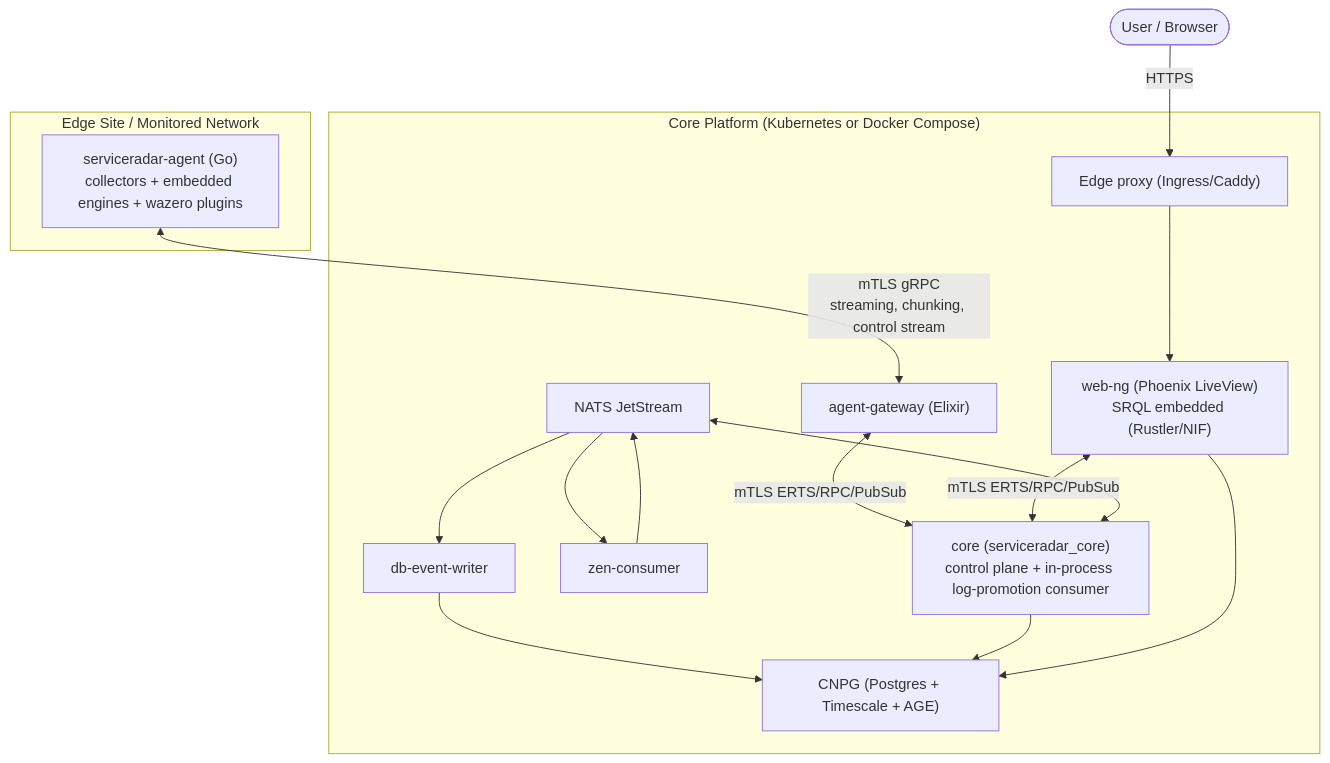
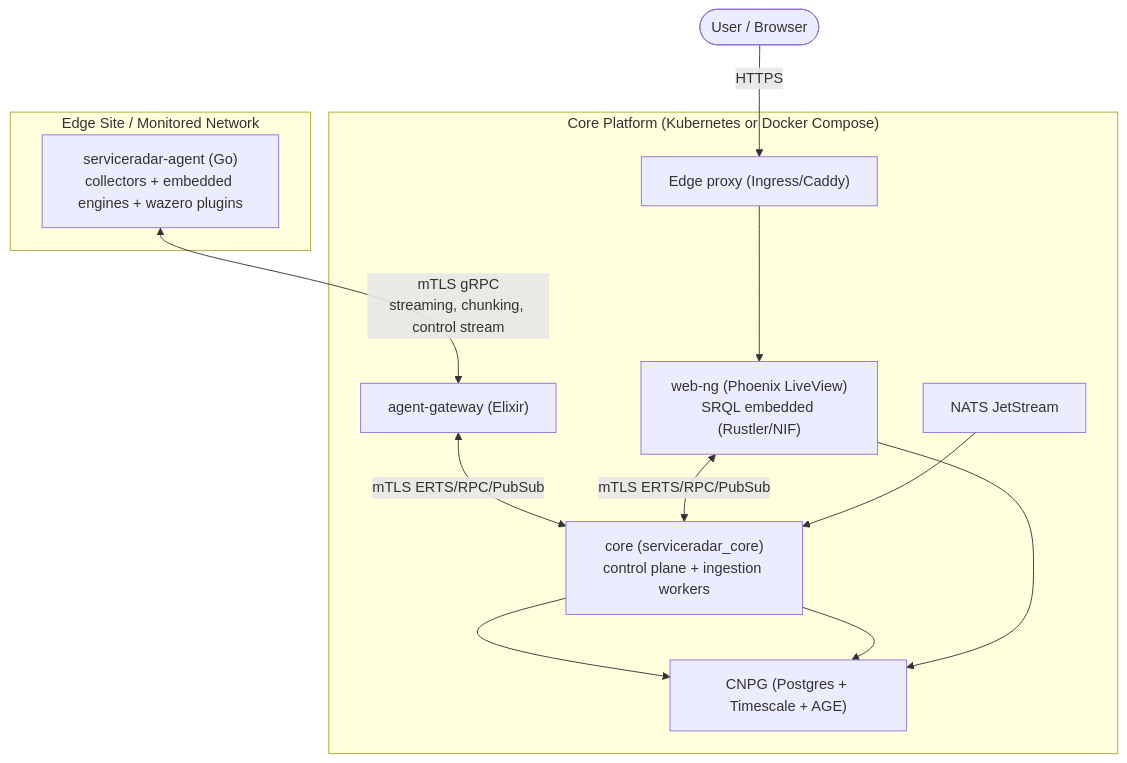
The diagram in docs/docs/architecture.md (carverauto/serviceradar), drawn with Mermaid before and after one commit. The commit also changed other lines of this file and 133 other files, not shown here.

Commit message:
Fold Phase 0.6 ZEN rules into core-elx

````diff
--- a/docs/docs/architecture.md
+++ b/docs/docs/architecture.md
@@ -17,35 +17,31 @@
 ```mermaid
 flowchart TB
   User([User / Browser])
 
   subgraph Core["Core Platform (Kubernetes or Docker Compose)"]
     Ingress["Edge proxy (Ingress/Caddy)"]
     Web["web-ng (Phoenix LiveView)<br/>SRQL embedded (Rustler/NIF)"]
-    CoreSvc["core (serviceradar_core)<br/>control plane + in-process log-promotion consumer"]
+    CoreSvc["core (serviceradar_core)<br/>control plane + ingestion workers"]
     GW["agent-gateway (Elixir)"]
 
     NATS["NATS JetStream"]
-    Zen["zen-consumer"]
-    Writer["db-event-writer"]
 
     DB["CNPG (Postgres + Timescale + AGE)"]
   end
 
   subgraph Edge["Edge Site / Monitored Network"]
     Agent["serviceradar-agent (Go)<br/>collectors + embedded engines + wazero plugins"]
   end
 
   User -->|HTTPS| Ingress --> Web
 
   Agent <-->|mTLS gRPC<br/>streaming, chunking, control stream| GW
   GW <-->|mTLS ERTS/RPC/PubSub| CoreSvc
   Web <-->|mTLS ERTS/RPC/PubSub| CoreSvc
 
   %% Bulk ingestion
-  NATS --> Zen --> NATS
-  NATS <--> CoreSvc
-  NATS --> Writer --> DB
+  NATS --> CoreSvc --> DB
 
   CoreSvc --> DB
   Web --> DB
 ```
````
